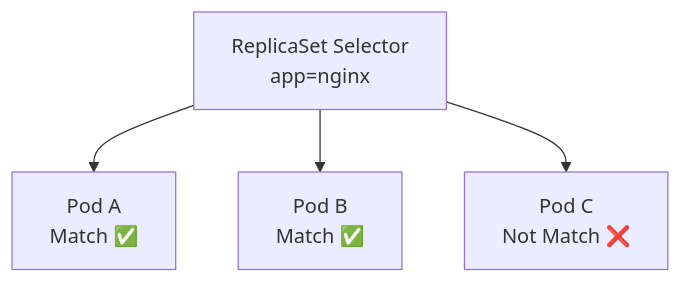
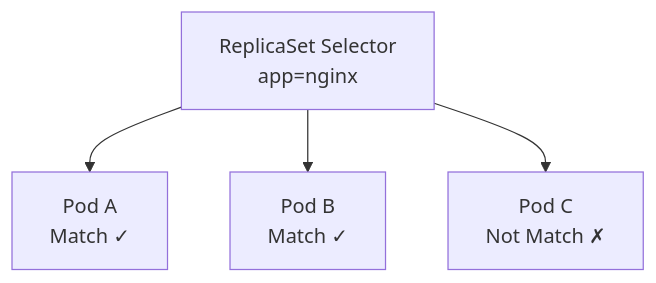
Diagram 36 of 43 in content/container-orchestration/kubernetes/replicaset-fundamentals.md (mustafammasoud/ops-handbook), drawn with Mermaid before and after one commit. The commit also changed other lines of this file and 2 other files, not shown here.

````diff
--- a/content/container-orchestration/kubernetes/replicaset-fundamentals.md
+++ b/content/container-orchestration/kubernetes/replicaset-fundamentals.md
@@ -799,8 +801,8 @@
 ```mermaid
 flowchart TB
     RS["ReplicaSet Selector<br/>app=nginx"]
 
-    RS --> A["Pod A<br/>Match ✅"]
-    RS --> B["Pod B<br/>Match ✅"]
-    RS --> C["Pod C<br/>Not Match ❌"]
+    RS --> A["Pod A<br/>Match ✓ "]
+    RS --> B["Pod B<br/>Match ✓ "]
+    RS --> C["Pod C<br/>Not Match ✗"]
 ```
````
